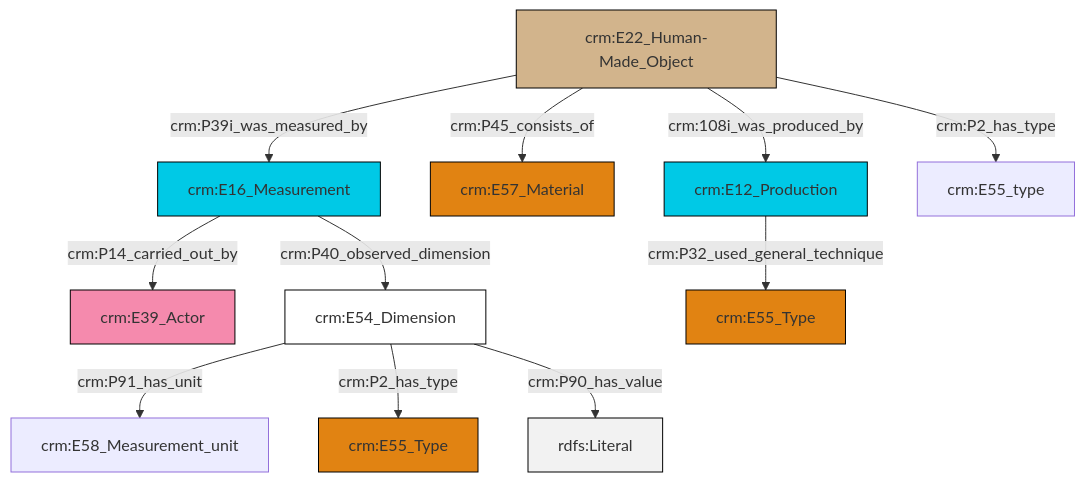
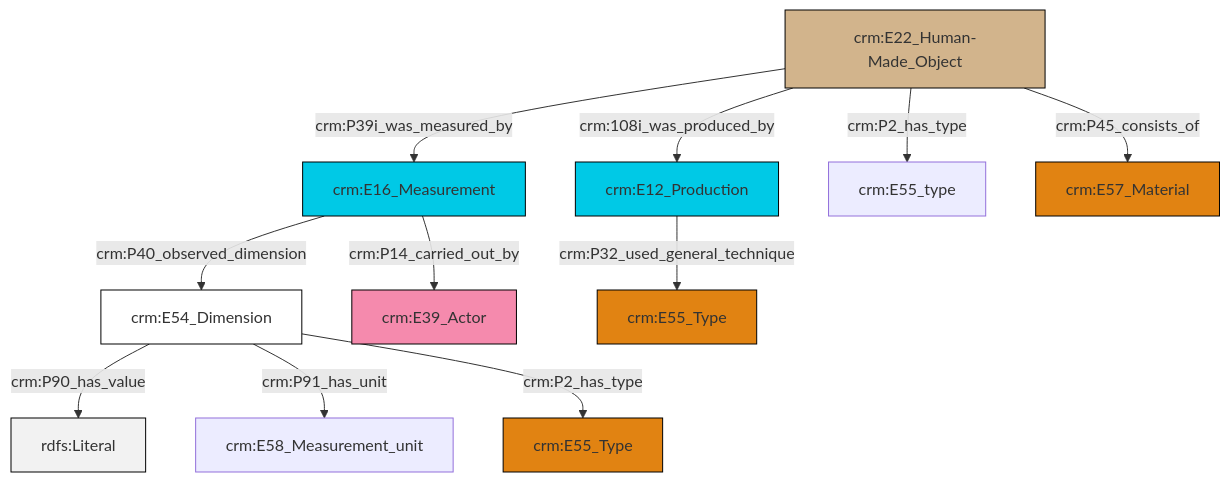
Before and after one commit to swiss-art-research-net/reference-data-models: the diagram in et/builtWorkCSV/ttl/mmd/Built_Work_substance.ttl.mmd, drawn with Mermaid. The commit also changed 124 other files, not shown here.

```diff
--- a/et/builtWorkCSV/ttl/mmd/Built_Work_substance.ttl.mmd
+++ b/et/builtWorkCSV/ttl/mmd/Built_Work_substance.ttl.mmd
@@ -1,25 +1,25 @@
 graph TD
 classDef Literal fill:#f2f2f2,stroke:#000000;
 classDef CRM_Entity fill:#FFFFFF,stroke:#000000;
 classDef Temporal_Entity fill:#00C9E6, stroke:#000000;
 classDef Type fill:#E18312, stroke:#000000;
 classDef Time-Span fill:#2C9C91, stroke:#000000;
 classDef Appellation fill:#FFEB7F, stroke:#000000;
 classDef Place fill:#008836, stroke:#000000;
 classDef Persistent_Item fill:#B266B2, stroke:#000000;
 classDef Conceptual_Object fill:#FFD700, stroke:#000000;
 classDef Physical_Thing fill:#D2B48C, stroke:#000000;
 classDef Actor fill:#f58aad, stroke:#000000;
 classDef PC_Classes fill:#4ce600, stroke:#000000;
 classDef Multi fill:#cccccc,stroke:#000000;
 
-6["crm:E54_Dimension"]:::CRM_Entity -->|crm:P91_has_unit| 7["crm:E58_Measurement_unit"]:::Default
-6["crm:E54_Dimension"]:::CRM_Entity -->|crm:P2_has_type| 8["crm:E55_Type"]:::Type
-9["crm:E22_Human-Made_Object"]:::Physical_Thing -->|crm:108i_was_produced_by| 10["crm:E12_Production"]:::Temporal_Entity
-9["crm:E22_Human-Made_Object"]:::Physical_Thing -->|crm:P39i_was_measured_by| 0["crm:E16_Measurement"]:::Temporal_Entity
-10["crm:E12_Production"]:::Temporal_Entity -->|crm:P32_used_general_technique| 13["crm:E55_Type"]:::Type
-6["crm:E54_Dimension"]:::CRM_Entity -->|crm:P90_has_value| 14[rdfs:Literal]:::Literal
-9["crm:E22_Human-Made_Object"]:::Physical_Thing -->|crm:P2_has_type| 11["crm:E55_type"]:::Default
-9["crm:E22_Human-Made_Object"]:::Physical_Thing -->|crm:P45_consists_of| 2["crm:E57_Material"]:::Type
-0["crm:E16_Measurement"]:::Temporal_Entity -->|crm:P14_carried_out_by| 4["crm:E39_Actor"]:::Actor
-0["crm:E16_Measurement"]:::Temporal_Entity -->|crm:P40_observed_dimension| 6["crm:E54_Dimension"]:::CRM_Entity
+0["crm:E22_Human-Made_Object"]:::Physical_Thing -->|crm:108i_was_produced_by| 1["crm:E12_Production"]:::Temporal_Entity
+0["crm:E22_Human-Made_Object"]:::Physical_Thing -->|crm:P39i_was_measured_by| 2["crm:E16_Measurement"]:::Temporal_Entity
+3["crm:E54_Dimension"]:::CRM_Entity -->|crm:P90_has_value| 4[rdfs:Literal]:::Literal
+0["crm:E22_Human-Made_Object"]:::Physical_Thing -->|crm:P2_has_type| 7["crm:E55_type"]:::Default
+3["crm:E54_Dimension"]:::CRM_Entity -->|crm:P91_has_unit| 10["crm:E58_Measurement_unit"]:::Default
+2["crm:E16_Measurement"]:::Temporal_Entity -->|crm:P14_carried_out_by| 13["crm:E39_Actor"]:::Actor
+0["crm:E22_Human-Made_Object"]:::Physical_Thing -->|crm:P45_consists_of| 14["crm:E57_Material"]:::Type
+3["crm:E54_Dimension"]:::CRM_Entity -->|crm:P2_has_type| 5["crm:E55_Type"]:::Type
+1["crm:E12_Production"]:::Temporal_Entity -->|crm:P32_used_general_technique| 16["crm:E55_Type"]:::Type
+2["crm:E16_Measurement"]:::Temporal_Entity -->|crm:P40_observed_dimension| 3["crm:E54_Dimension"]:::CRM_Entity
```
